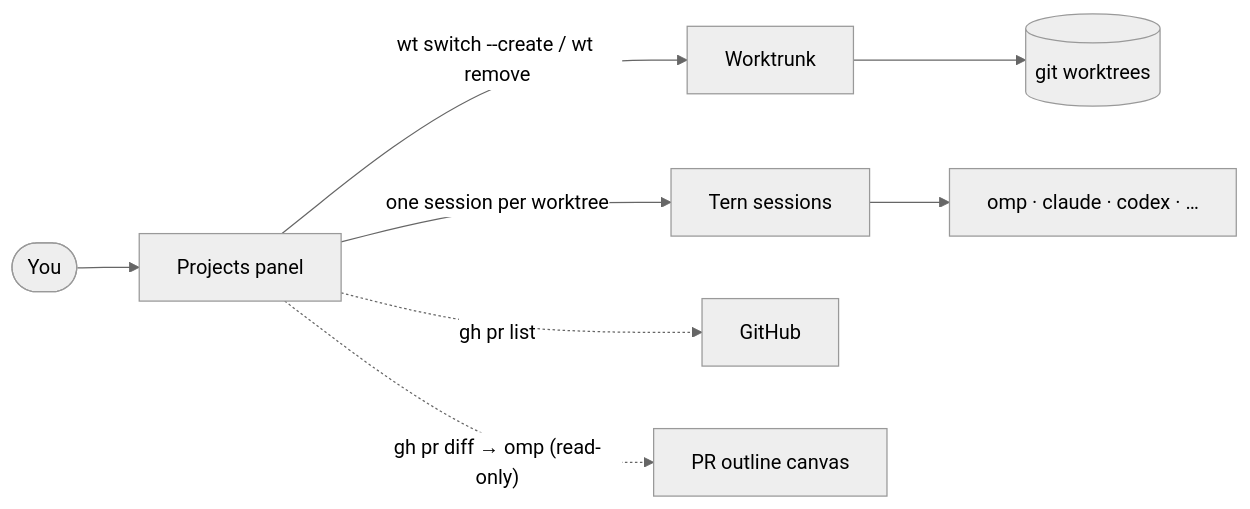
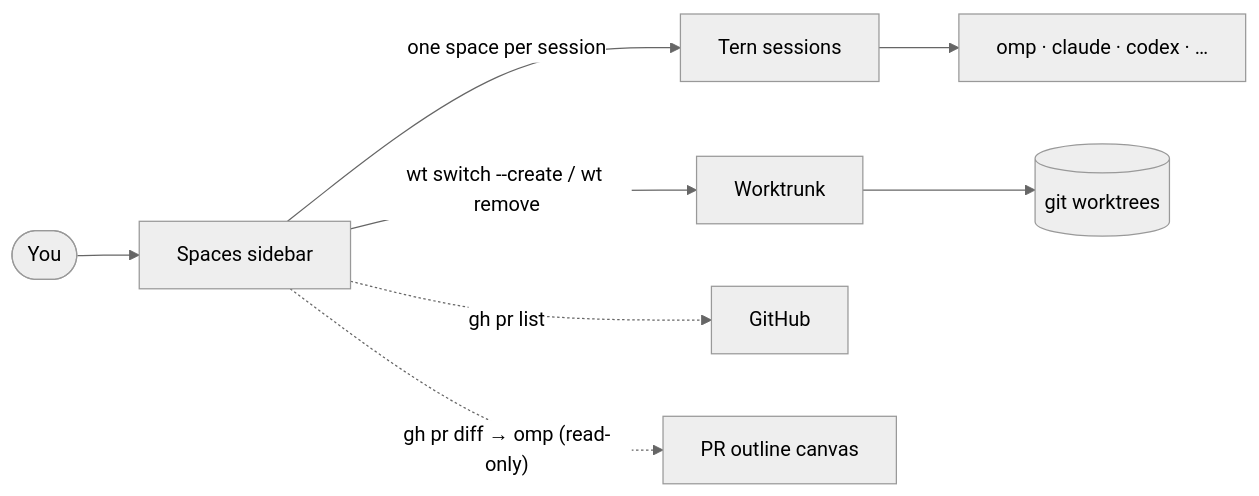
One commit to itsjxck/flightdeck changed the diagram in README.md. Above: the diagram before and after it, drawn with Mermaid (neutral theme). The commit also changed other lines of this file and 14 other files, not shown here.

First line of the commit message:
Overseer 3.0.0: Spaces and Agents sidebar

````diff
--- a/README.md
+++ b/README.md
@@ -94,10 +82,10 @@
 ```mermaid
 flowchart LR
-    you(["You"]) --> panel["Projects panel"]
+    you(["You"]) --> panel["Spaces sidebar"]
+    panel -- "one space per session" --> sessions["Tern sessions"]
+    sessions --> agents["omp · claude · codex · …"]
     panel -- "wt switch --create / wt remove" --> wt["Worktrunk"]
     wt --> trees[("git worktrees")]
-    panel -- "one session per worktree" --> sessions["Tern sessions"]
-    sessions --> agents["omp · claude · codex · …"]
     panel -. "gh pr list" .-> gh["GitHub"]
     panel -. "gh pr diff → omp (read-only)" .-> outline["PR outline canvas"]
 ```
````
